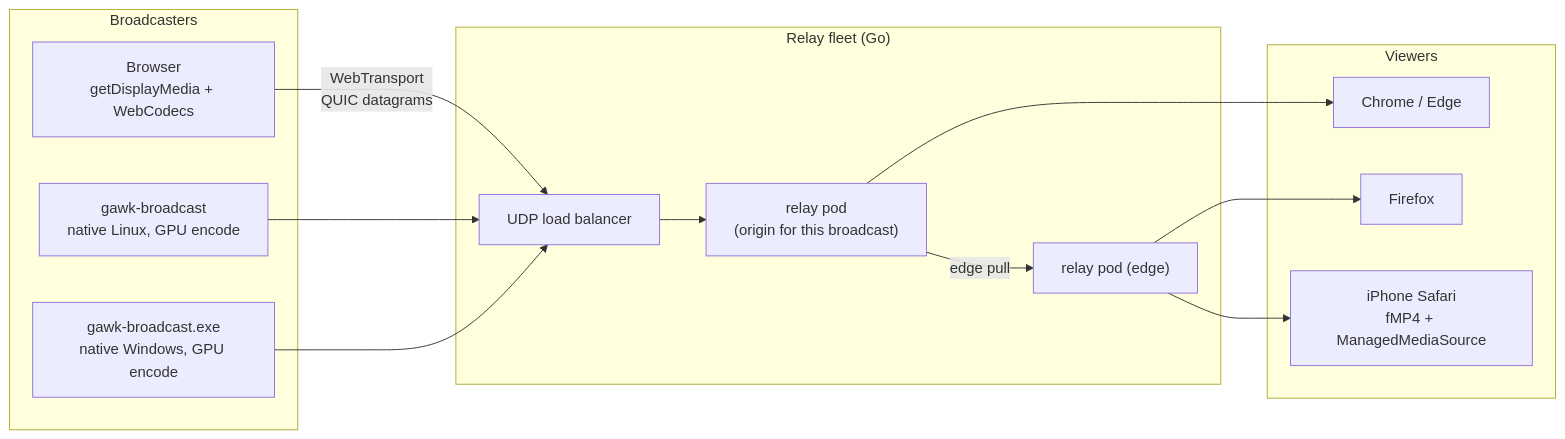
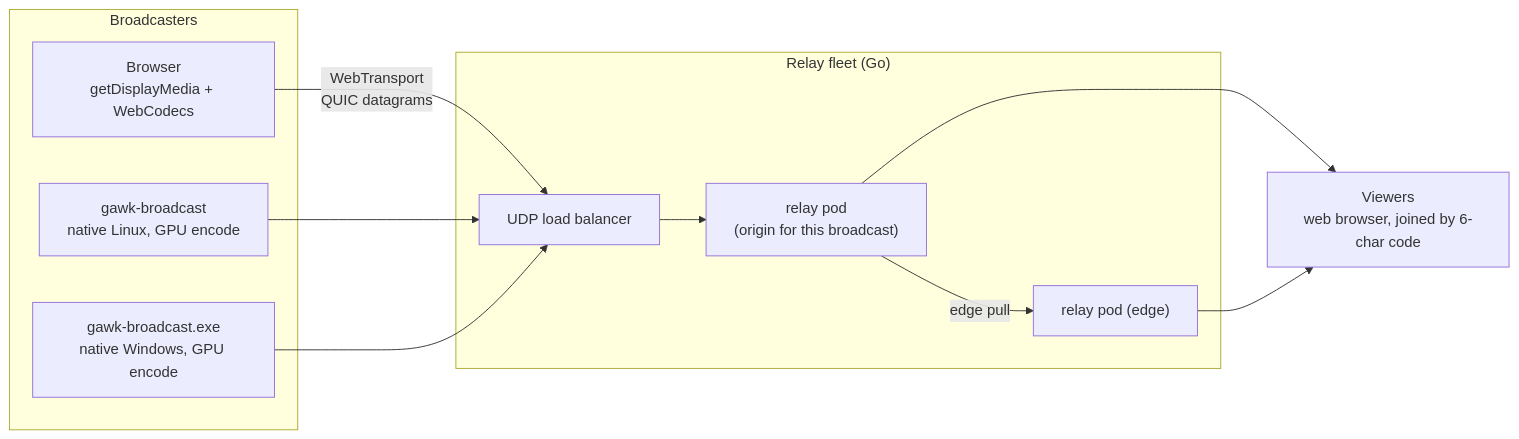
The diagram in README.md (Tuhis/gawk), drawn with Mermaid before and after one commit. The commit also changed other lines of this file, not shown here.

Commit message:
docs: clarify relay-fleet diagram — any pod serves any viewer
Collapse the per-browser viewer nodes into one generic Viewers node and
draw both origin and edge pods serving it; the old layout read as if the
origin pod served Chrome and the edge pod served Firefox/iPhone. Add a
sentence spelling out the edge-pull topology.

````diff
--- a/README.md
+++ b/README.md
@@ -71,26 +71,21 @@
 ```mermaid
 flowchart LR
     subgraph SRC["Broadcasters"]
         B1["Browser<br/>getDisplayMedia + WebCodecs"]
         B2["gawk-broadcast<br/>native Linux, GPU encode"]
         B3["gawk-broadcast.exe<br/>native Windows, GPU encode"]
     end
     subgraph FLEET["Relay fleet (Go)"]
         LB["UDP load balancer"]
         R1["relay pod<br/>(origin for this broadcast)"]
         R2["relay pod (edge)"]
     end
-    subgraph AUD["Viewers"]
-        V1["Chrome / Edge"]
-        V2["Firefox"]
-        V3["iPhone Safari<br/>fMP4 + ManagedMediaSource"]
-    end
+    V["Viewers<br/>web browser, joined by 6-char code"]
     B1 -- "WebTransport<br/>QUIC datagrams" --> LB
     B2 --> LB
     B3 --> LB
     LB --> R1
     R1 -- "edge pull" --> R2
-    R1 --> V1
-    R2 --> V2
-    R2 --> V3
+    R1 --> V
+    R2 --> V
 ```
````
